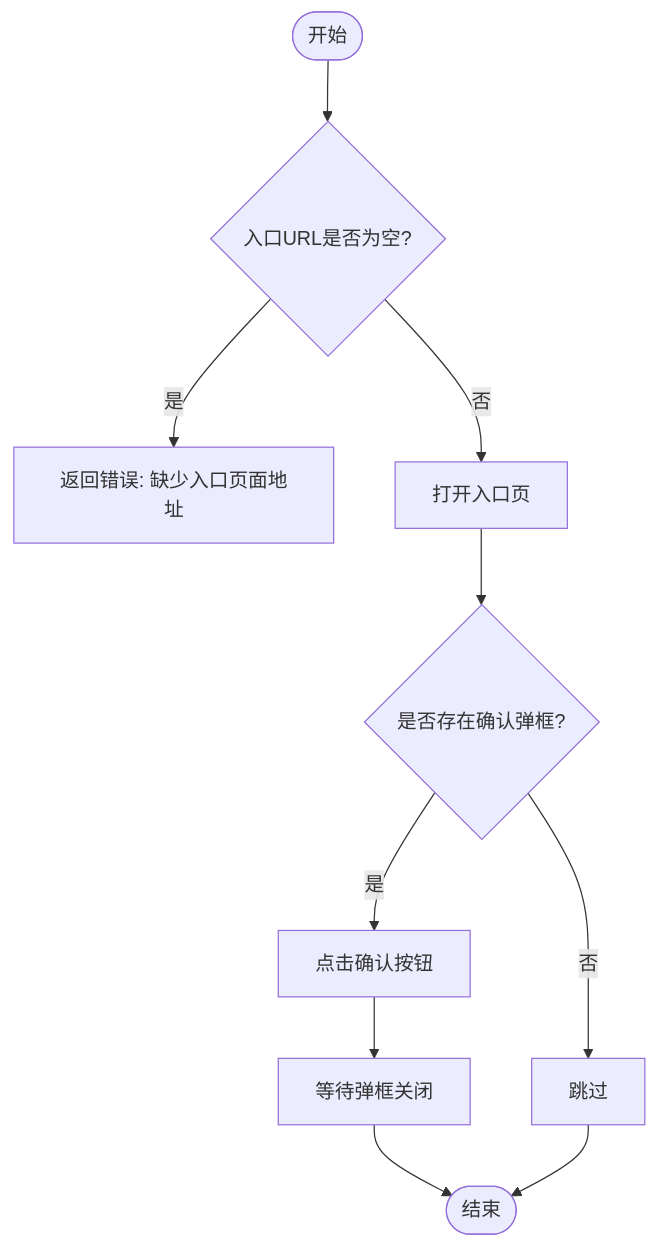
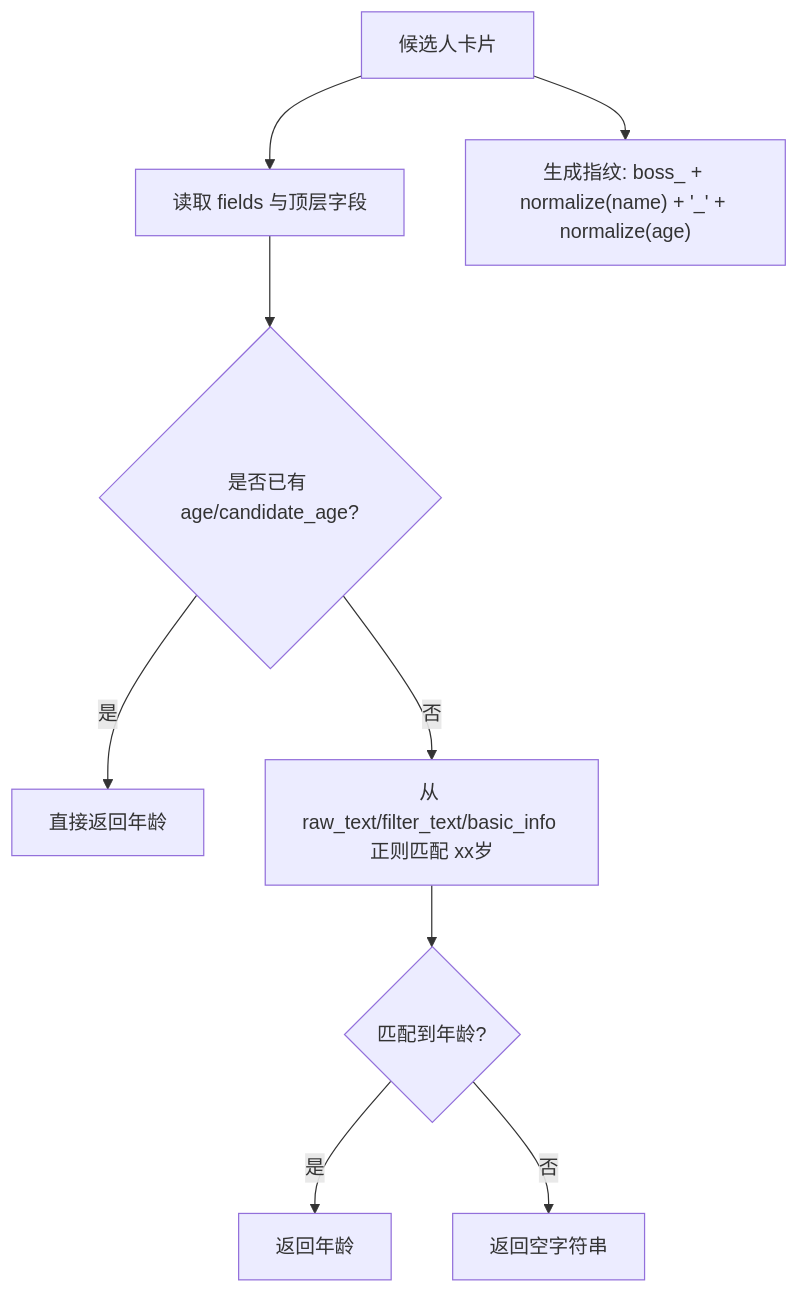
The fourth of 9 diagrams in .qoder/repowiki/zh/content/本地执行器/平台适配器/Boss直聘适配器/Boss运行时环境.md (alvinwangzi/goodhr), drawn with Mermaid before and after one commit. The commit also changed other lines of this file and 149 other files, not shown here.

````diff
--- a/.qoder/repowiki/zh/content/本地执行器/平台适配器/Boss直聘适配器/Boss运行时环境.md
+++ b/.qoder/repowiki/zh/content/本地执行器/平台适配器/Boss直聘适配器/Boss运行时环境.md
@@ -120,12 +181,11 @@
 ```mermaid
 flowchart TD
-Start(["开始"]) --> CheckURL{"入口URL是否为空?"}
-CheckURL --> |是| Err["返回错误: 缺少入口页面地址"]
-CheckURL --> |否| Open["打开入口页"]
-Open --> Dialog{"是否存在确认弹框?"}
-Dialog --> |是| Click["点击确认按钮"]
-Dialog --> |否| Skip["跳过"]
-Click --> Wait["等待弹框关闭"]
-Wait --> End(["结束"])
-Skip --> End
+A["候选人卡片"] --> B["读取 fields 与顶层字段"]
+B --> C{"是否已有 age/candidate_age?"}
+C --> |是| D["直接返回年龄"]
+C --> |否| E["从 raw_text/filter_text/basic_info 正则匹配 xx岁"]
+E --> F{"匹配到年龄?"}
+F --> |是| G["返回年龄"]
+F --> |否| H["返回空字符串"]
+A --> I["生成指纹: boss_ + normalize(name) + '_' + normalize(age)"]
 ```
````
